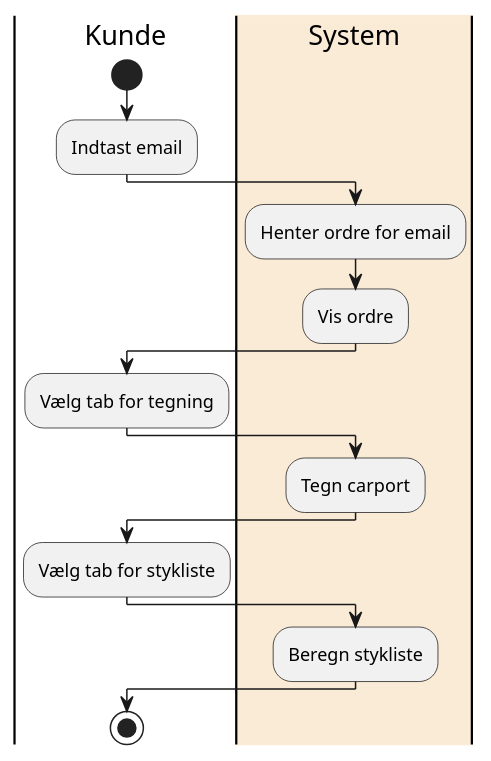
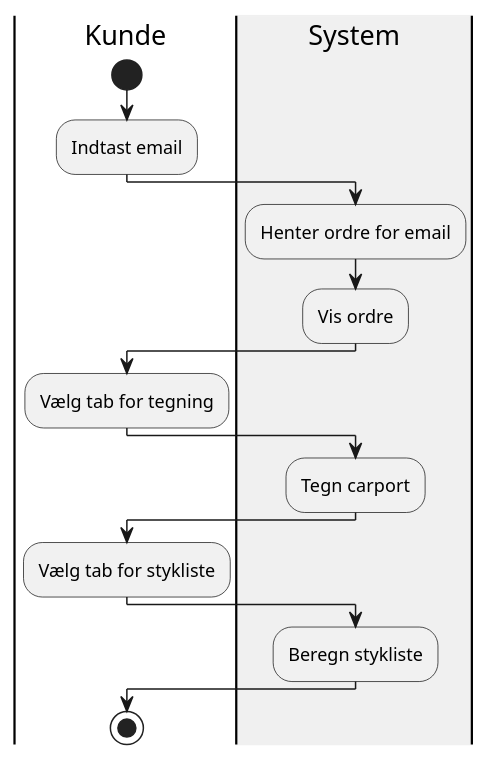
The diagram in src/main/java/UML/SwimlaneDiagramShowOrders.puml (NikolajX4000/Sem2Exam), drawn with PlantUML before and after one commit. The commit also changed 7 other files, not shown here.

Commit message:
SwimlanDiagramUpdateMaterial

```diff
--- a/src/main/java/UML/SwimlaneDiagramShowOrders.puml
+++ b/src/main/java/UML/SwimlaneDiagramShowOrders.puml
@@ -1,18 +1,18 @@
 @startuml
 |Kunde|
 start
 :Indtast email;
-|#AntiqueWhite|System|
+|#F0F0F0|System|
 :Henter ordre for email;
 :Vis ordre;
 |Kunde|
 :Vælg tab for tegning;
-|#AntiqueWhite|System|
+|System|
 :Tegn carport;
 |Kunde|
 :Vælg tab for stykliste;
-|#AntiqueWhite|System|
+|System|
 :Beregn stykliste;
 |Kunde|
 stop
 @enduml
```
